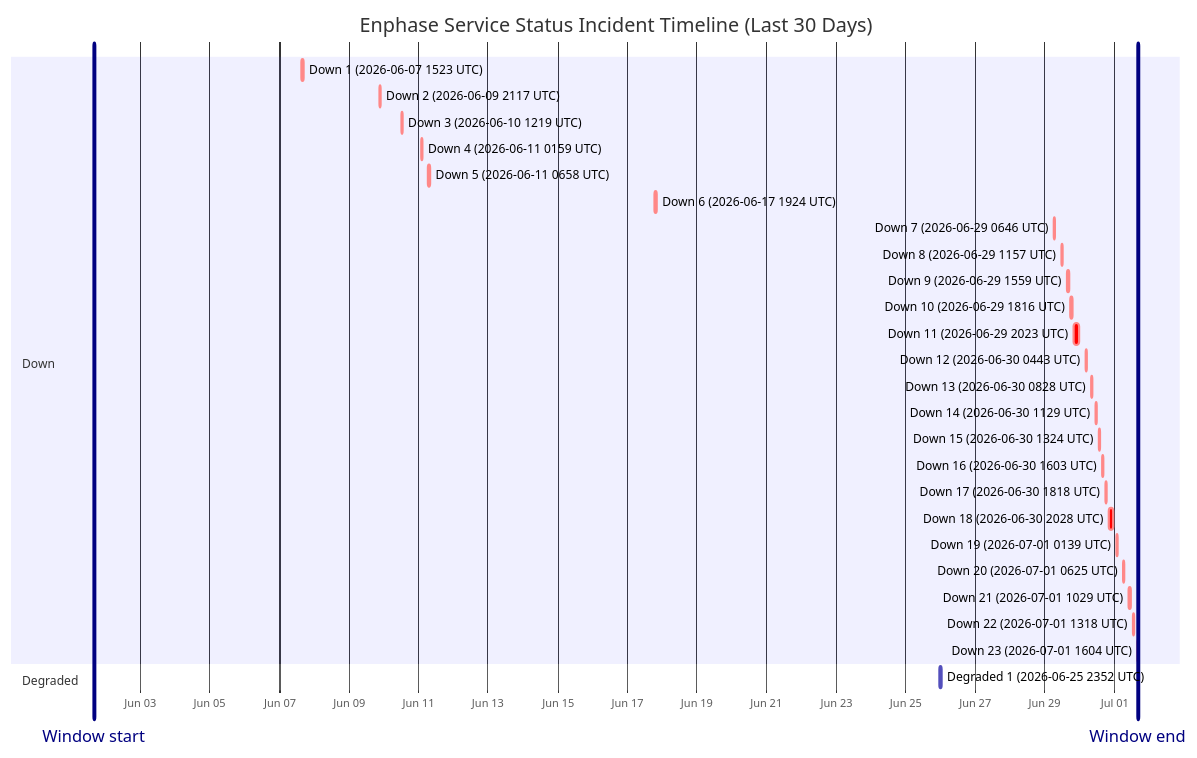
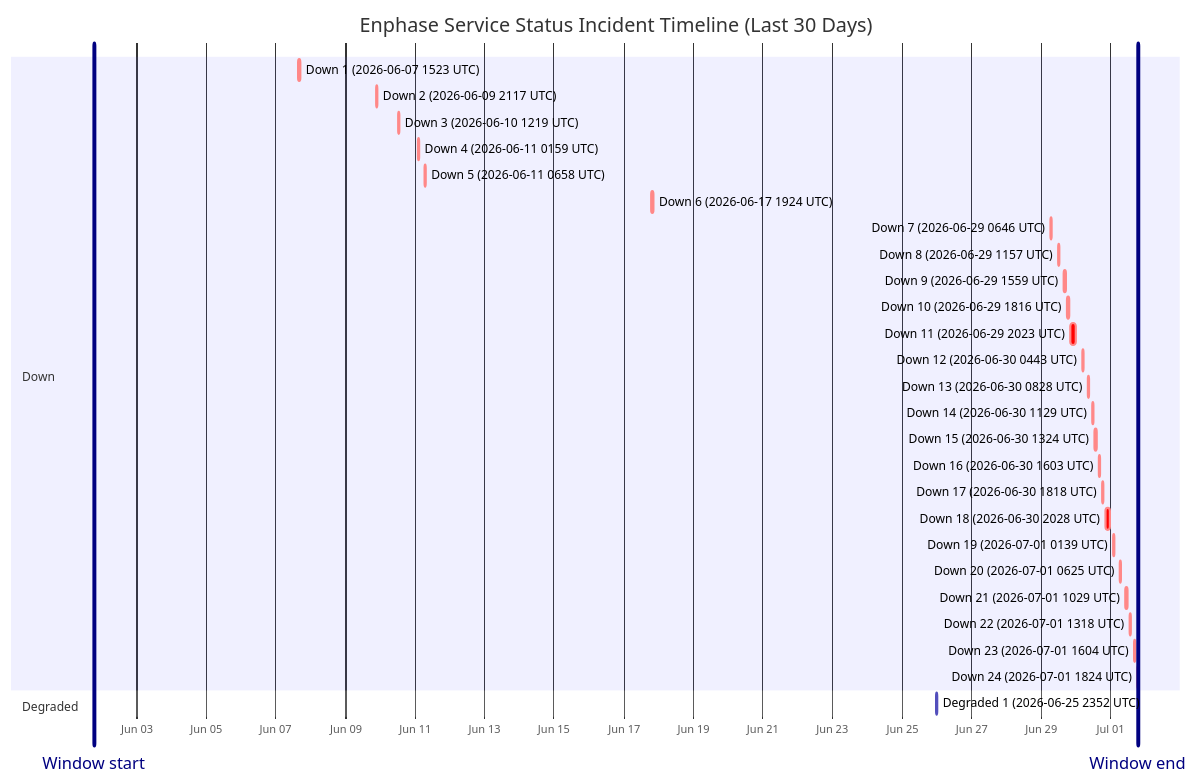
Before and after one commit to barneyonline/ha-enphase-energy: the diagram in wiki/Service-Status-History.md, drawn with Mermaid. The commit also changed other lines of this file and 3 other files, not shown here.

````diff
--- a/wiki/Service-Status-History.md
+++ b/wiki/Service-Status-History.md
@@ -14,34 +14,35 @@
 ```mermaid
 gantt
     title Enphase Service Status Incident Timeline (Last 30 Days)
     dateFormat  YYYY-MM-DDTHH:mm:ss
     axisFormat  %b %d
-    Window start :vert, window-start, 2026-06-01T16:04:29, 0ms
-    Window end :vert, window-end, 2026-07-01T16:04:29, 0ms
+    Window start :vert, window-start, 2026-06-01T18:24:21, 0ms
+    Window end :vert, window-end, 2026-07-01T18:24:21, 0ms
     section Down
     Down 1 (2026-06-07 1523 UTC) :crit, down-1, 2026-06-07T15:23:22, 87m
     Down 2 (2026-06-09 2117 UTC) :crit, down-2, 2026-06-09T21:17:17, 60m
     Down 3 (2026-06-10 1219 UTC) :crit, down-3, 2026-06-10T12:19:21, 60m
     Down 4 (2026-06-11 0159 UTC) :crit, down-4, 2026-06-11T01:59:36, 60m
     Down 5 (2026-06-11 0658 UTC) :crit, down-5, 2026-06-11T06:58:45, 60m
     Down 6 (2026-06-17 1924 UTC) :crit, down-6, 2026-06-17T19:24:51, 60m
     Down 7 (2026-06-29 0646 UTC) :crit, down-7, 2026-06-29T06:46:18, 60m
     Down 8 (2026-06-29 1157 UTC) :crit, down-8, 2026-06-29T11:57:36, 60m
     Down 9 (2026-06-29 1559 UTC) :crit, down-9, 2026-06-29T15:59:02, 60m
     Down 10 (2026-06-29 1816 UTC) :crit, down-10, 2026-06-29T18:16:38, 60m
     Down 11 (2026-06-29 2023 UTC) :crit, down-11, 2026-06-29T20:23:16, 220m
     Down 12 (2026-06-30 0443 UTC) :crit, down-12, 2026-06-30T04:43:54, 60m
     Down 13 (2026-06-30 0828 UTC) :crit, down-13, 2026-06-30T08:28:43, 60m
     Down 14 (2026-06-30 1129 UTC) :crit, down-14, 2026-06-30T11:29:15, 60m
     Down 15 (2026-06-30 1324 UTC) :crit, down-15, 2026-06-30T13:24:25, 60m
     Down 16 (2026-06-30 1603 UTC) :crit, down-16, 2026-06-30T16:03:26, 60m
     Down 17 (2026-06-30 1818 UTC) :crit, down-17, 2026-06-30T18:18:39, 60m
     Down 18 (2026-06-30 2028 UTC) :crit, down-18, 2026-06-30T20:28:54, 171m
     Down 19 (2026-07-01 0139 UTC) :crit, down-19, 2026-07-01T01:39:18, 60m
     Down 20 (2026-07-01 0625 UTC) :crit, down-20, 2026-07-01T06:25:35, 60m
     Down 21 (2026-07-01 1029 UTC) :crit, down-21, 2026-07-01T10:29:24, 60m
     Down 22 (2026-07-01 1318 UTC) :crit, down-22, 2026-07-01T13:18:31, 60m
     Down 23 (2026-07-01 1604 UTC) :crit, down-23, 2026-07-01T16:04:29, 60m
+    Down 24 (2026-07-01 1824 UTC) :crit, down-24, 2026-07-01T18:24:21, 60m
     section Degraded
     Degraded 1 (2026-06-25 2352 UTC) :active, degraded-1, 2026-06-25T23:52:01, 60m
 ```
````
